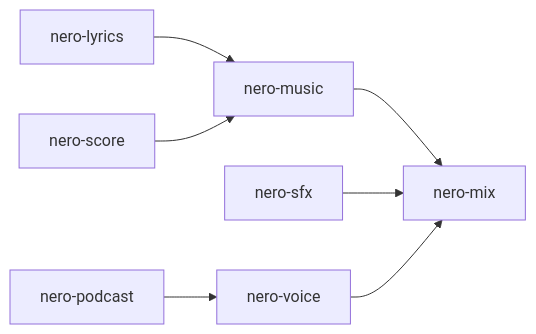
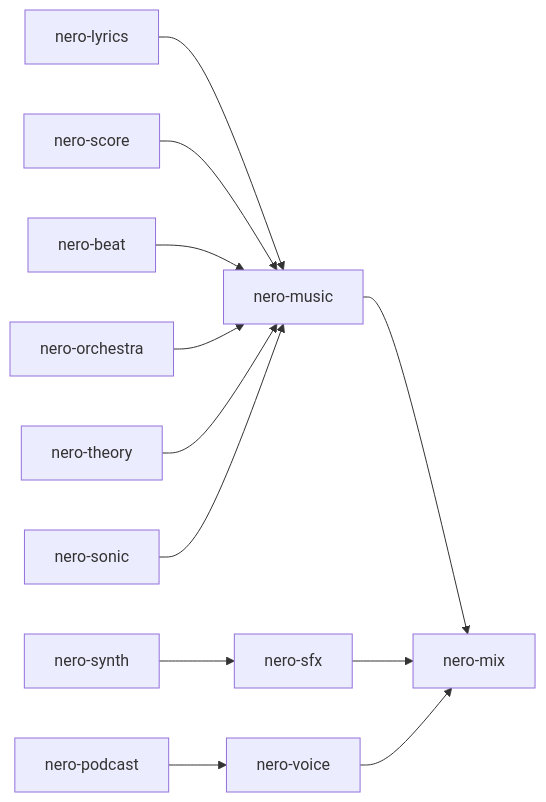
The sixth of 7 diagrams in README.md (KMC1525/nero), drawn with Mermaid before and after one commit. The commit also changed other lines of this file and 103 other files, not shown here.

````diff
--- a/README.md
+++ b/README.md
@@ -651,9 +712,14 @@
 ```mermaid
 flowchart LR
     LY[nero-lyrics] --> MU[nero-music]
     SC[nero-score] --> MU
     MU --> MX[nero-mix]
     SF[nero-sfx] --> MX
     VO[nero-voice] --> MX
     PD[nero-podcast] --> VO
+    BT[nero-beat] --> MU
+    OR[nero-orchestra] --> MU
+    TH[nero-theory] --> MU
+    SY[nero-synth] --> SF
+    SN[nero-sonic] --> MU
 ```
````
